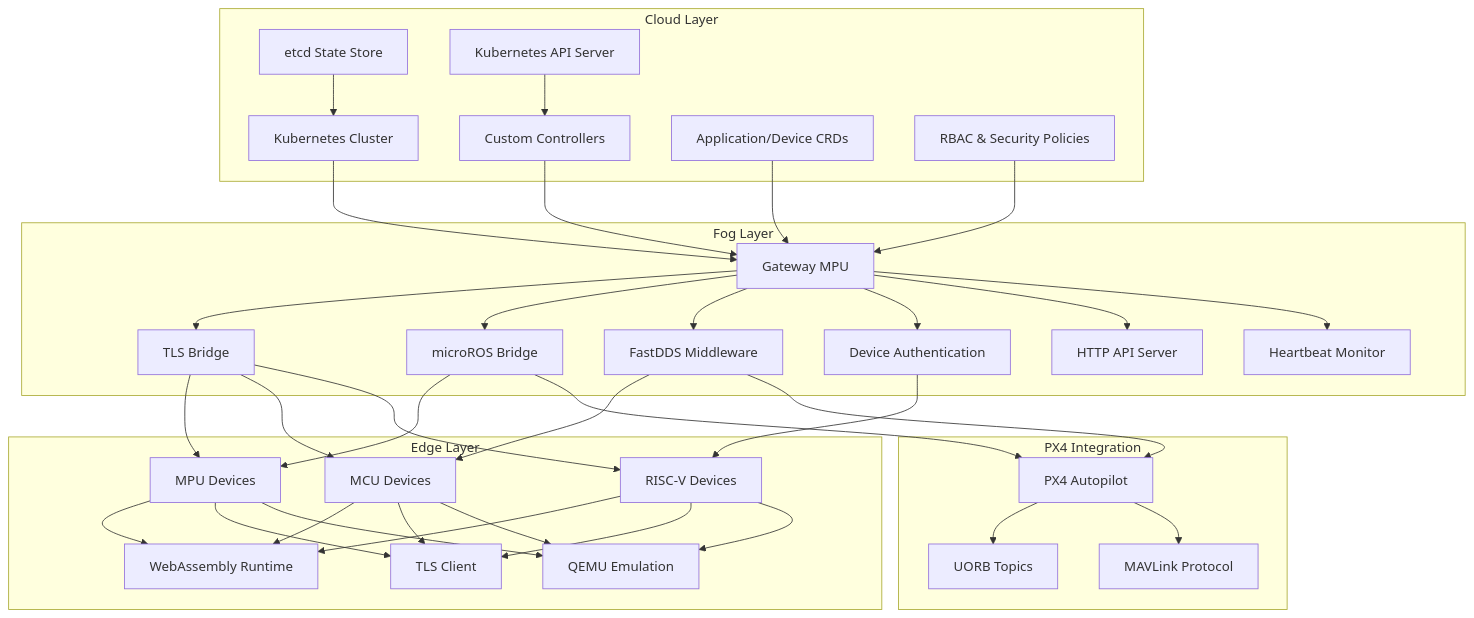
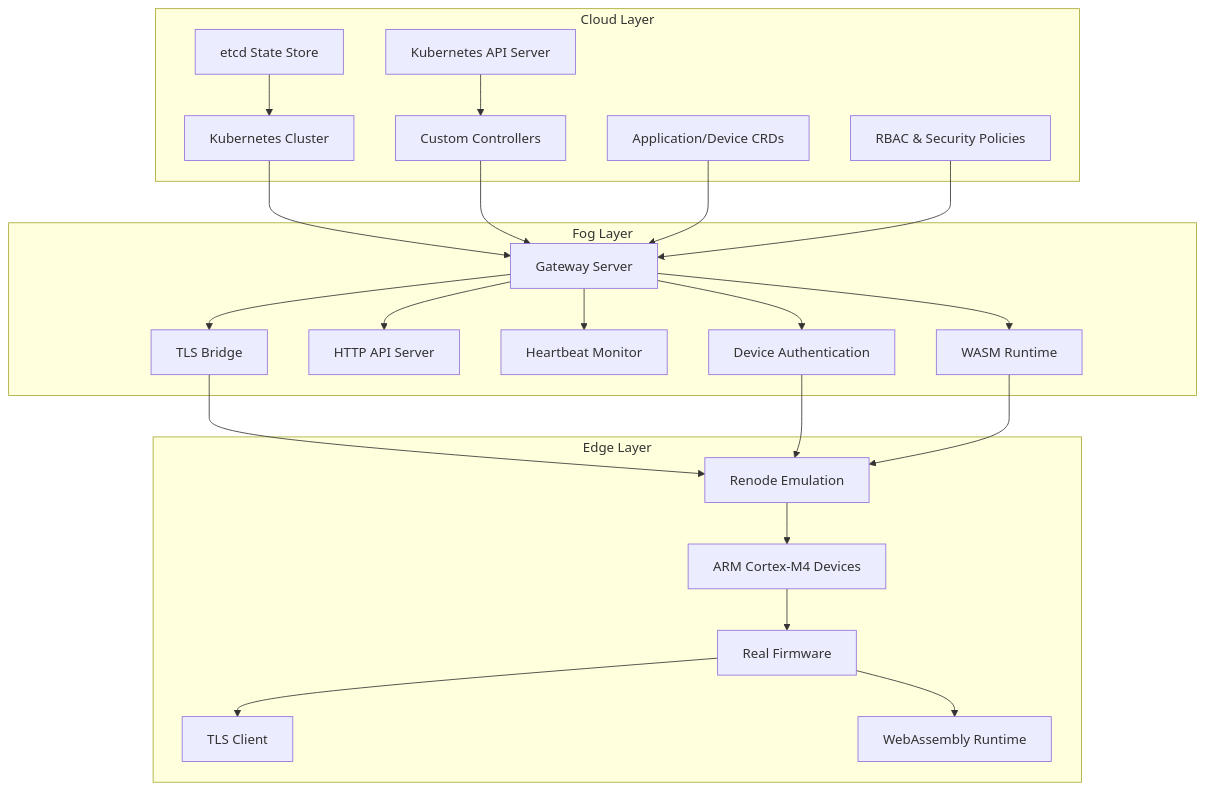
The first of 4 diagrams in retrospect/docs/architecture/system-overview.md (lucadagati/retrospect), drawn with Mermaid before and after one commit. The commit also changed other lines of this file and 48 other files, not shown here.

````diff
--- a/retrospect/docs/architecture/system-overview.md
+++ b/retrospect/docs/architecture/system-overview.md
@@ -15,73 +9,50 @@
 ```mermaid
 graph TB
     subgraph "Cloud Layer"
         K8S[Kubernetes Cluster]
         CTRL[Custom Controllers]
         CRD[Application/Device CRDs]
         RBAC[RBAC & Security Policies]
         ETCD[etcd State Store]
         API[Kubernetes API Server]
     end
     
     subgraph "Fog Layer"
-        GW[Gateway MPU]
+        GW[Gateway Server]
         TLS[TLS Bridge]
-        MR[microROS Bridge]
-        FDDS[FastDDS Middleware]
-        AUTH[Device Authentication]
         HTTP[HTTP API Server]
         HB[Heartbeat Monitor]
+        AUTH[Device Authentication]
+        WASM_RT[WASM Runtime]
     end
     
     subgraph "Edge Layer"
-        MPU[MPU Devices]
-        MCU[MCU Devices]
-        RISCV[RISC-V Devices]
+        RENODE[Renode Emulation]
+        ARM[ARM Cortex-M4 Devices]
+        FIRMWARE[Real Firmware]
+        TLS_CLIENT[TLS Client]
         WASM[WebAssembly Runtime]
-        TLS_CLIENT[TLS Client]
-        QEMU[QEMU Emulation]
-    end
-    
-    subgraph "PX4 Integration"
-        PX4[PX4 Autopilot]
-        UORB[UORB Topics]
-        MAV[MAVLink Protocol]
     end
     
     K8S --> GW
     CTRL --> GW
     CRD --> GW
     RBAC --> GW
     ETCD --> K8S
     API --> CTRL
     
     GW --> TLS
-    GW --> MR
-    GW --> FDDS
-    GW --> AUTH
     GW --> HTTP
     GW --> HB
+    GW --> AUTH
+    GW --> WASM_RT
     
-    TLS --> MPU
-    TLS --> MCU
-    TLS --> RISCV
-    MR --> MPU
-    FDDS --> MCU
-    AUTH --> RISCV
+    TLS --> RENODE
+    AUTH --> RENODE
+    WASM_RT --> RENODE
     
-    MPU --> WASM
-    MCU --> WASM
-    RISCV --> WASM
-    MPU --> TLS_CLIENT
-    MCU --> TLS_CLIENT
-    RISCV --> TLS_CLIENT
-    
-    RISCV --> QEMU
-    MCU --> QEMU
-    MPU --> QEMU
-    
-    MR --> PX4
-    FDDS --> PX4
-    PX4 --> UORB
-    PX4 --> MAV
+    RENODE --> ARM
+    ARM --> FIRMWARE
+    FIRMWARE --> TLS_CLIENT
+    FIRMWARE --> WASM
 ```
````
